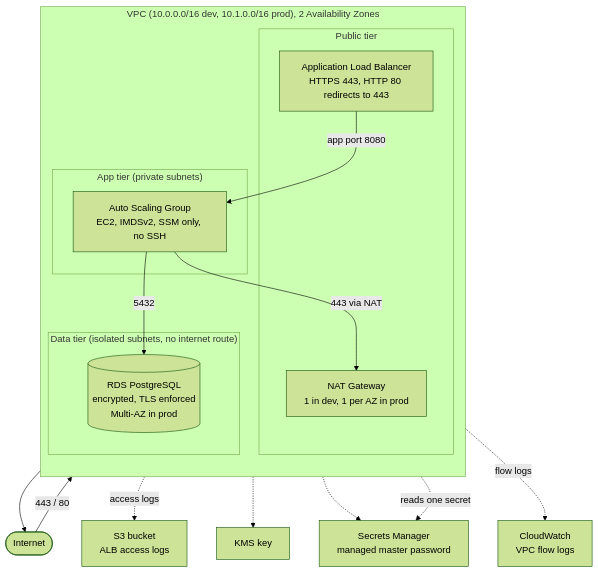
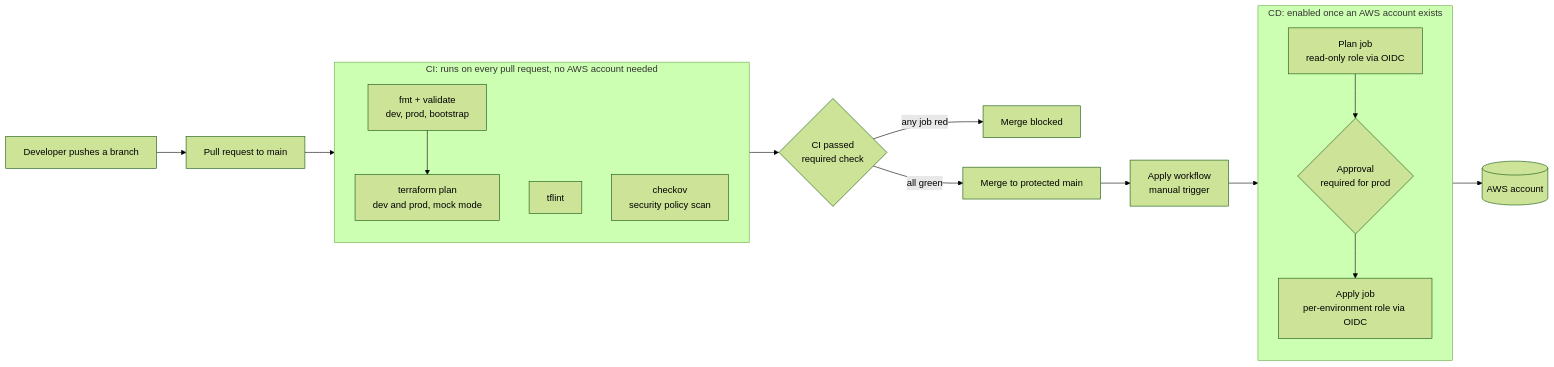
The diagram in README.md (WillFarid/terraform-CI-CD-with-security-and-policy-gates), drawn with Mermaid (forest theme) before and after one commit. The commit also changed other lines of this file and 12 other files, not shown here.

Commit message:
feat: add OIDC bootstrap, apply workflow and project README

````diff
--- a/README.md
+++ b/README.md
@@ -14,37 +13,30 @@
 ```mermaid
-flowchart TB
-    Internet(["Internet"])
+flowchart LR
+    DEV["Developer pushes a branch"] --> PR["Pull request to main"]
 
-    subgraph VPC["VPC (10.0.0.0/16 dev, 10.1.0.0/16 prod), 2 Availability Zones"]
+    subgraph CI["CI: runs on every pull request, no AWS account needed"]
         direction TB
-
-        subgraph PUB["Public tier"]
-            ALB["Application Load Balancer<br/>HTTPS 443, HTTP 80 redirects to 443"]
-            NAT["NAT Gateway<br/>1 in dev, 1 per AZ in prod"]
-        end
-
-        subgraph APP["App tier (private subnets)"]
-            ASG["Auto Scaling Group<br/>EC2, IMDSv2, SSM only, no SSH"]
-        end
-
-        subgraph DB["Data tier (isolated subnets, no internet route)"]
-            RDS[("RDS PostgreSQL<br/>encrypted, TLS enforced<br/>Multi-AZ in prod")]
-        end
+        F["fmt + validate<br/>dev, prod, bootstrap"]
+        L["tflint"]
+        C["checkov<br/>security policy scan"]
+        P["terraform plan<br/>dev and prod, mock mode"]
+        F --> P
     end
 
-    SM["Secrets Manager<br/>managed master password"]
-    KMS["KMS key"]
-    S3["S3 bucket<br/>ALB access logs"]
-    CW["CloudWatch<br/>VPC flow logs"]
+    PR --> CI
+    CI --> G{"CI passed<br/>required check"}
+    G -->|"any job red"| BLOCK["Merge blocked"]
+    G -->|"all green"| MERGE["Merge to protected main"]
+    MERGE --> APPLY["Apply workflow<br/>manual trigger"]
 
-    Internet -->|"443 / 80"| ALB
-    ALB -->|"app port 8080"| ASG
-    ASG -->|"5432"| RDS
-    ASG -->|"443 via NAT"| NAT
-    NAT --> Internet
-    ALB -.->|"access logs"| S3
-    RDS -.-> KMS
-    RDS -.-> SM
-    ASG -.->|"reads one secret"| SM
-    VPC -.->|"flow logs"| CW
+    subgraph CD["CD: enabled once an AWS account exists"]
+        direction TB
+        PLAN["Plan job<br/>read-only role via OIDC"]
+        APPROVE{"Approval<br/>required for prod"}
+        DEPLOY["Apply job<br/>per-environment role via OIDC"]
+        PLAN --> APPROVE --> DEPLOY
+    end
+
+    APPLY --> CD
+    DEPLOY --> AWS[("AWS account")]
 ```
````
